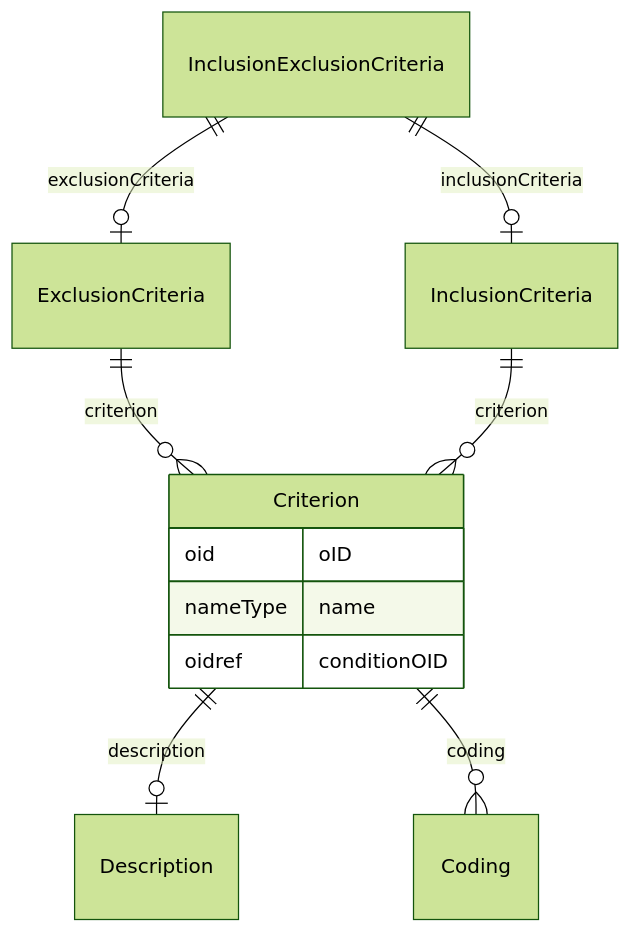
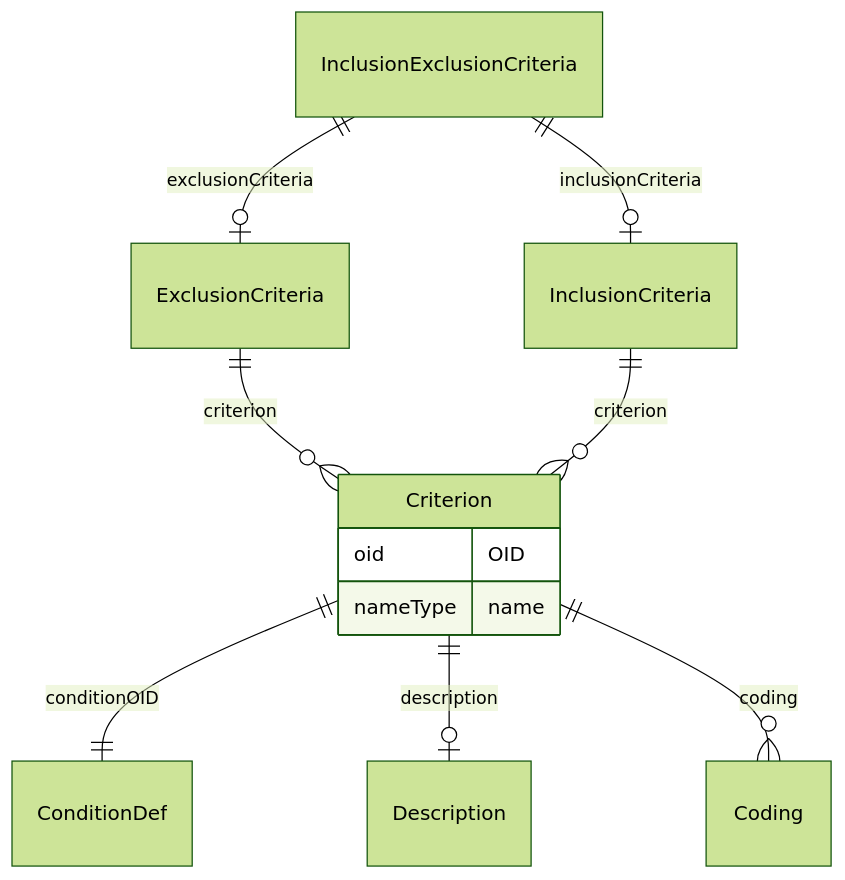
The diagram in docs/InclusionExclusionCriteria.md (cdisc-org/DataExchange-ODM-LinkML), drawn with Mermaid (forest theme) before and after one commit. The commit also changed other lines of this file and 338 other files, not shown here.

````diff
--- a/docs/InclusionExclusionCriteria.md
+++ b/docs/InclusionExclusionCriteria.md
@@ -11,25 +11,25 @@
 ```mermaid
 erDiagram
 InclusionExclusionCriteria {
 
 }
 ExclusionCriteria {
 
 }
 Criterion {
-    oid oID  
+    oid OID  
     nameType name  
-    oidref conditionOID  
 }
 InclusionCriteria {
 
 }
 
 InclusionExclusionCriteria ||--|o InclusionCriteria : "inclusionCriteria"
 InclusionExclusionCriteria ||--|o ExclusionCriteria : "exclusionCriteria"
 ExclusionCriteria ||--}o Criterion : "criterion"
+Criterion ||--|| ConditionDef : "conditionOID"
 Criterion ||--|o Description : "description"
 Criterion ||--}o Coding : "coding"
 InclusionCriteria ||--}o Criterion : "criterion"
 
 ```
````
